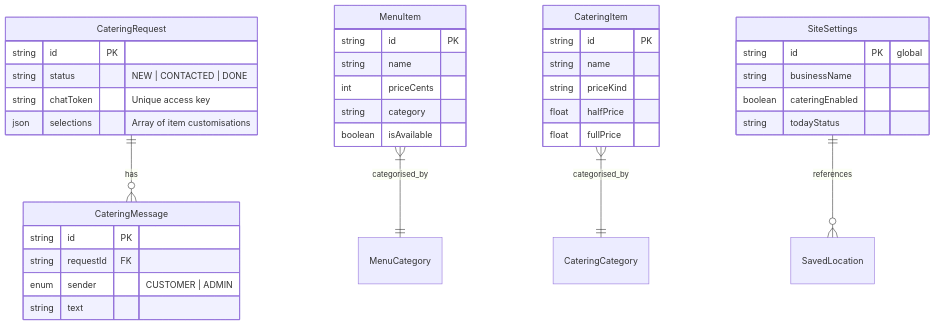
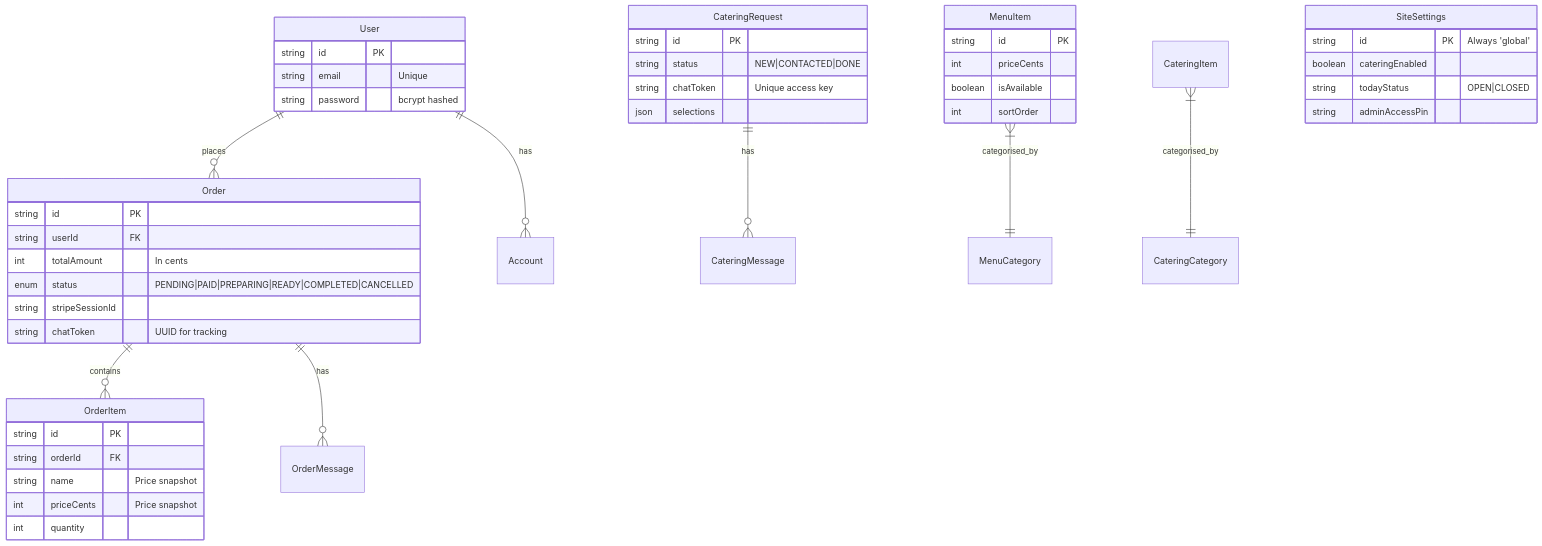
The second of 2 diagrams in docs/PORTFOLIO_REPORT.md (tejamahesh1433/indian-food-truck-site), drawn with Mermaid before and after one commit. The commit also changed other lines of this file and 13 other files, not shown here.

````diff
--- a/docs/PORTFOLIO_REPORT.md
+++ b/docs/PORTFOLIO_REPORT.md
@@ -91,44 +124,54 @@
 ```mermaid
 erDiagram
+    User ||--o{ Order : "places"
+    User ||--o{ Account : "has"
+    Order ||--o{ OrderItem : "contains"
+    Order ||--o{ OrderMessage : "has"
     CateringRequest ||--o{ CateringMessage : "has"
     MenuItem }|--|| MenuCategory : "categorised_by"
     CateringItem }|--|| CateringCategory : "categorised_by"
-    SiteSettings ||--o{ SavedLocation : "references"
+
+    User {
+        string id PK
+        string email "Unique"
+        string password "bcrypt hashed"
+    }
+
+    Order {
+        string id PK
+        string userId FK
+        int totalAmount "In cents"
+        enum status "PENDING|PAID|PREPARING|READY|COMPLETED|CANCELLED"
+        string stripeSessionId
+        string chatToken "UUID for tracking"
+    }
+
+    OrderItem {
+        string id PK
+        string orderId FK
+        string name "Price snapshot"
+        int priceCents "Price snapshot"
+        int quantity
+    }
 
     CateringRequest {
         string id PK
-        string status "NEW | CONTACTED | DONE"
+        string status "NEW|CONTACTED|DONE"
         string chatToken "Unique access key"
-        json selections "Array of item customisations"
-    }
-
-    CateringMessage {
-        string id PK
-        string requestId FK
-        enum sender "CUSTOMER | ADMIN"
-        string text
+        json selections
     }
 
     MenuItem {
         string id PK
-        string name
         int priceCents
-        string category
         boolean isAvailable
-    }
-
-    CateringItem {
-        string id PK
-        string name
-        string priceKind
-        float halfPrice
-        float fullPrice
+        int sortOrder
     }
 
     SiteSettings {
-        string id PK "global"
-        string businessName
+        string id PK "Always 'global'"
         boolean cateringEnabled
-        string todayStatus
+        string todayStatus "OPEN|CLOSED"
+        string adminAccessPin
     }
 ```
````
